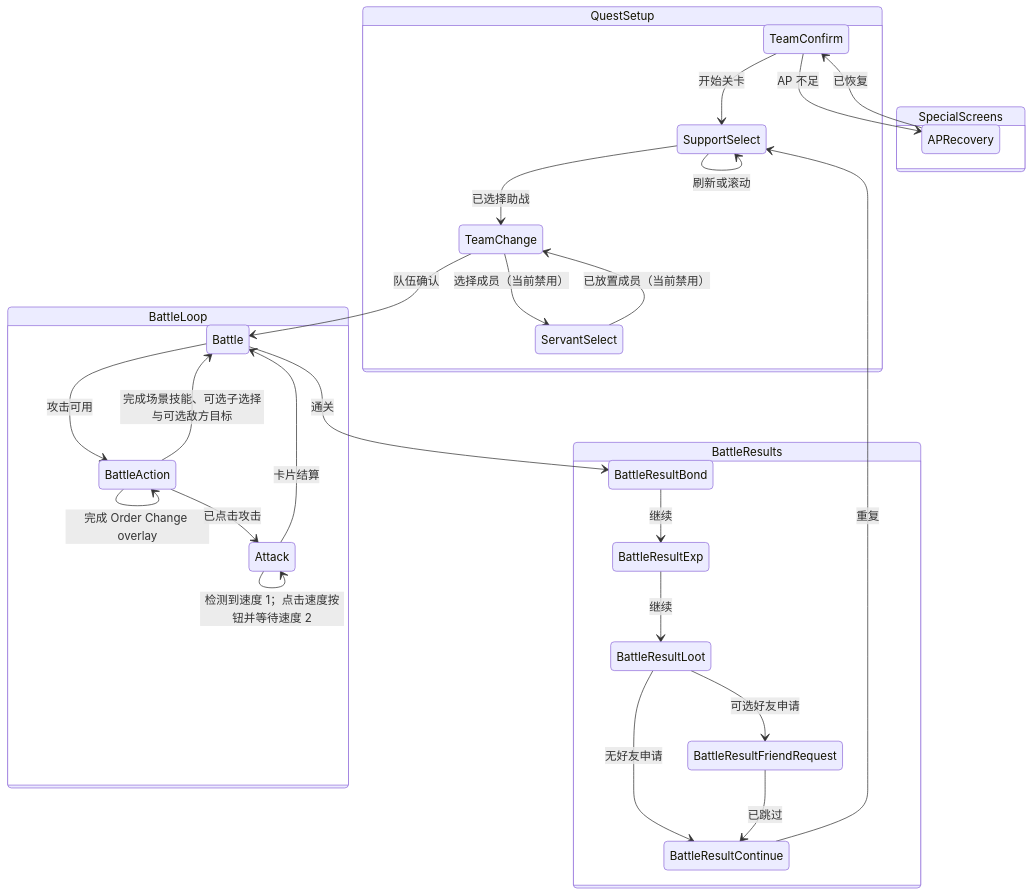
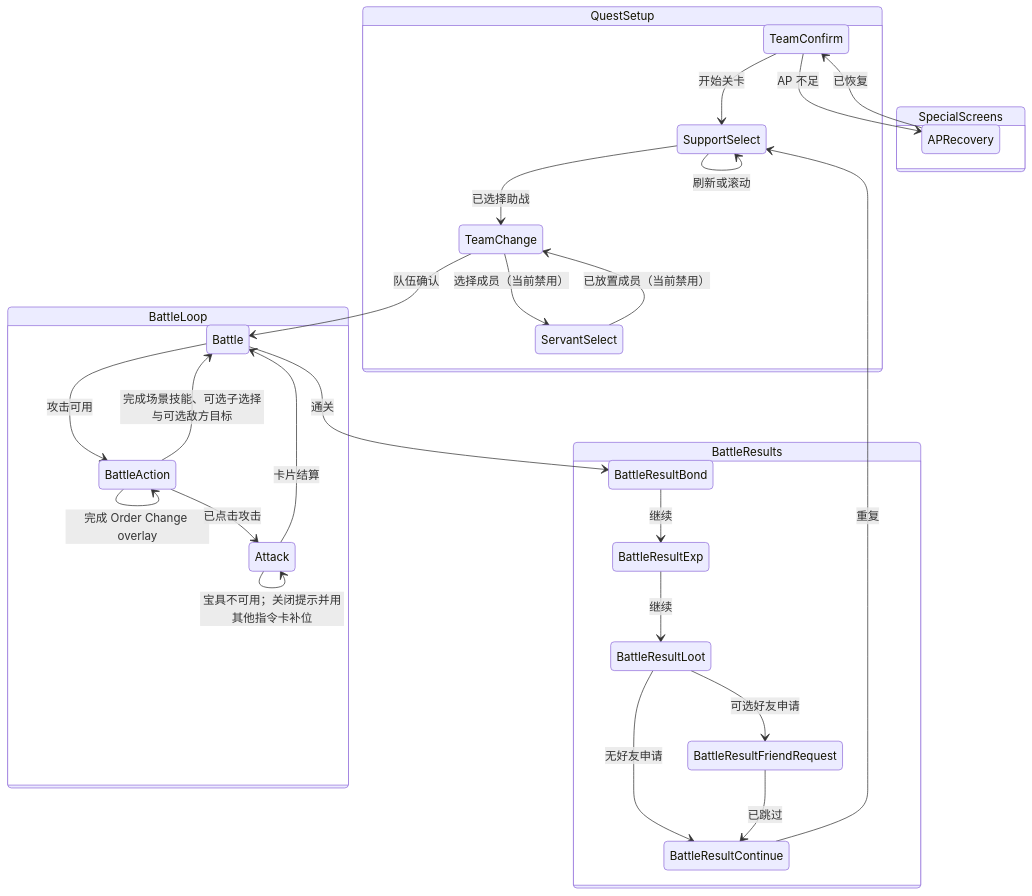
The first of 2 diagrams in docs/state-machines/battle-automation.md (ZaiZheTingDun/mash-app), drawn with Mermaid before and after one commit. The commit also changed other lines of this file and 7 other files, not shown here.

````diff
--- a/docs/state-machines/battle-automation.md
+++ b/docs/state-machines/battle-automation.md
@@ -5,44 +5,45 @@
 ```mermaid
 stateDiagram-v2
     state QuestSetup {
         TeamConfirm
         SupportSelect
         TeamChange
         ServantSelect
     }
     state BattleLoop {
         Battle
         BattleAction
         Attack
     }
     state BattleResults {
         BattleResultBond
         BattleResultExp
         BattleResultLoot
         BattleResultFriendRequest
         BattleResultContinue
     }
     state SpecialScreens { APRecovery }
 
     TeamConfirm --> SupportSelect: 开始关卡
     SupportSelect --> TeamChange: 已选择助战
     SupportSelect --> SupportSelect: 刷新或滚动
     TeamChange --> ServantSelect: 选择成员（当前禁用）
     ServantSelect --> TeamChange: 已放置成员（当前禁用）
     TeamChange --> Battle: 队伍确认
     Battle --> BattleAction: 攻击可用
     BattleAction --> Battle: 完成场景技能、可选子选择与可选敌方目标
     BattleAction --> BattleAction: 完成 Order Change overlay
     BattleAction --> Attack: 已点击攻击
     Attack --> Attack: 检测到速度 1；点击速度按钮并等待速度 2
+    Attack --> Attack: 宝具不可用；关闭提示并用其他指令卡补位
     Attack --> Battle: 卡片结算
     Battle --> BattleResultBond: 通关
     BattleResultBond --> BattleResultExp: 继续
     BattleResultExp --> BattleResultLoot: 继续
     BattleResultLoot --> BattleResultFriendRequest: 可选好友申请
     BattleResultLoot --> BattleResultContinue: 无好友申请
     BattleResultFriendRequest --> BattleResultContinue: 已跳过
     BattleResultContinue --> SupportSelect: 重复
     TeamConfirm --> APRecovery: AP 不足
     APRecovery --> TeamConfirm: 已恢复
 ```
````
